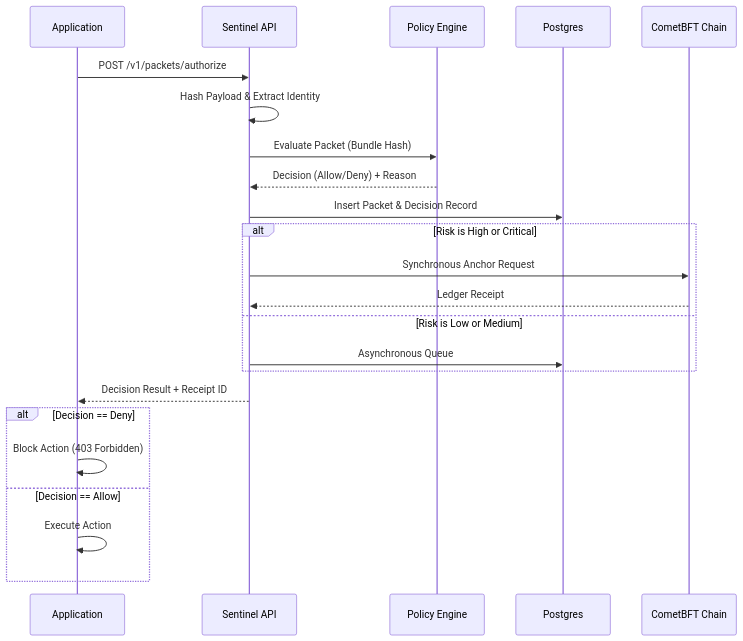
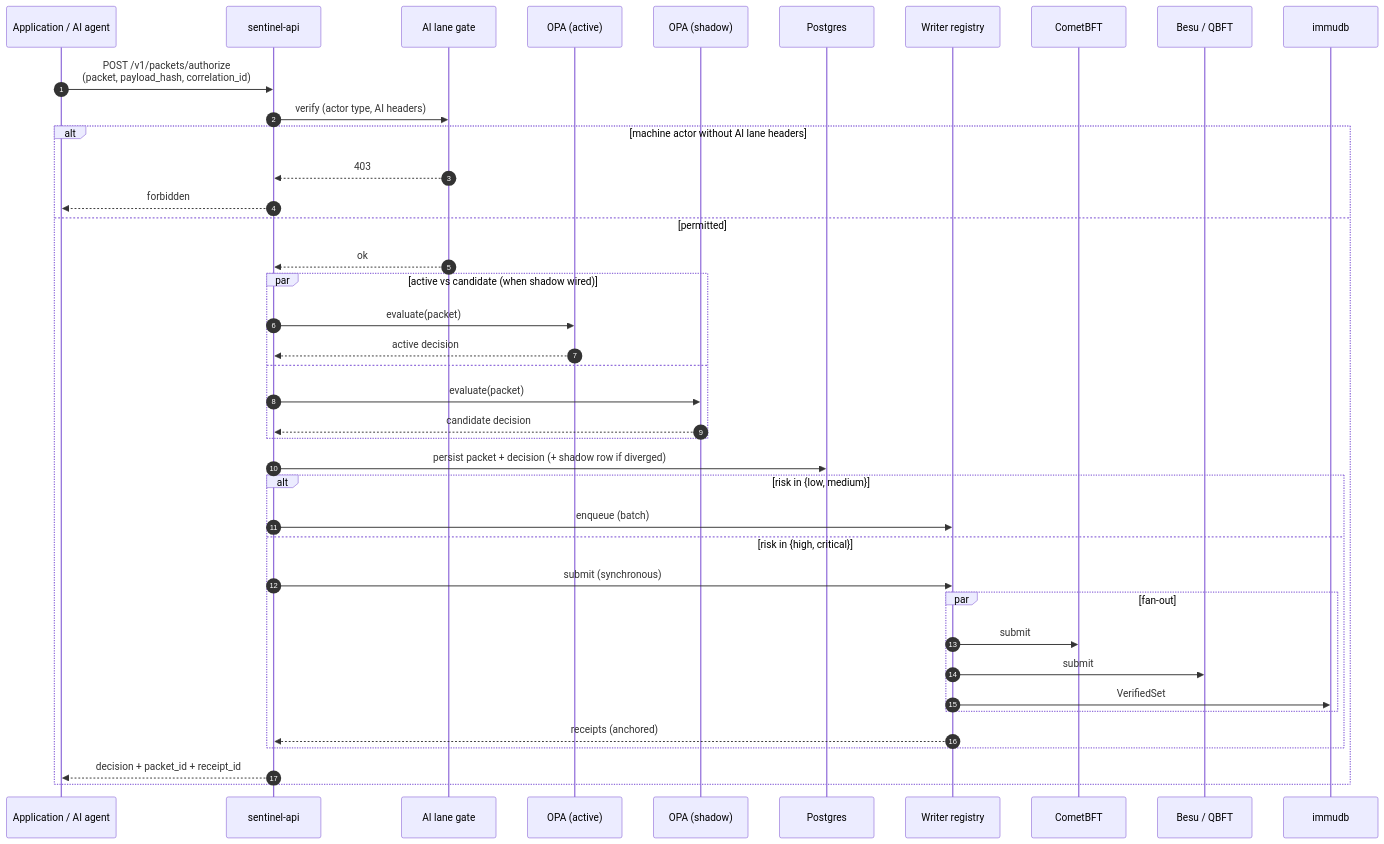
The second of 3 diagrams in README.md (bussechr/sentinel), drawn with Mermaid before and after one commit. The commit also changed other lines of this file and 67 other files, not shown here.

First line of the commit message:
feat: ship reusable Sentinel platform with multi-backend ledger and full SDKs

````diff
--- a/README.md
+++ b/README.md
@@ -71,29 +108,43 @@
 ```mermaid
 sequenceDiagram
-    participant App as Application
-    participant API as Sentinel API
-    participant OPA as Policy Engine
+    autonumber
+    participant App as Application / AI agent
+    participant API as sentinel-api
+    participant Gate as AI lane gate
+    participant OPA as OPA (active)
+    participant Sh as OPA (shadow)
     participant PG as Postgres
-    participant BFT as CometBFT Chain
+    participant Reg as Writer registry
+    participant L1 as CometBFT
+    participant L2 as Besu / QBFT
+    participant L3 as immudb
 
-    App->>API: POST /v1/packets/authorize
-    API->>API: Hash Payload & Extract Identity
-    API->>OPA: Evaluate Packet (Bundle Hash)
-    OPA-->>API: Decision (Allow/Deny) + Reason
-    API->>PG: Insert Packet & Decision Record
-    
-    alt Risk is High or Critical
-        API->>BFT: Synchronous Anchor Request
-        BFT-->>API: Ledger Receipt
-    else Risk is Low or Medium
-        API->>PG: Asynchronous Queue
-    end
-
-    API-->>App: Decision Result + Receipt ID
-    
-    alt Decision == Deny
-        App->>App: Block Action (403 Forbidden)
-    else Decision == Allow
-        App->>App: Execute Action
+    App->>API: POST /v1/packets/authorize<br/>(packet, payload_hash, correlation_id)
+    API->>Gate: verify (actor type, AI headers)
+    alt machine actor without AI lane headers
+        Gate-->>API: 403
+        API-->>App: forbidden
+    else permitted
+        Gate-->>API: ok
+        par active vs candidate (when shadow wired)
+            API->>OPA: evaluate(packet)
+            OPA-->>API: active decision
+        and
+            API->>Sh: evaluate(packet)
+            Sh-->>API: candidate decision
+        end
+        API->>PG: persist packet + decision (+ shadow row if diverged)
+        alt risk in {low, medium}
+            API->>Reg: enqueue (batch)
+        else risk in {high, critical}
+            API->>Reg: submit (synchronous)
+            par fan-out
+                Reg->>L1: submit
+                Reg->>L2: submit
+                Reg->>L3: VerifiedSet
+            end
+            Reg-->>API: receipts (anchored)
+        end
+        API-->>App: decision + packet_id + receipt_id
     end
 ```
````
